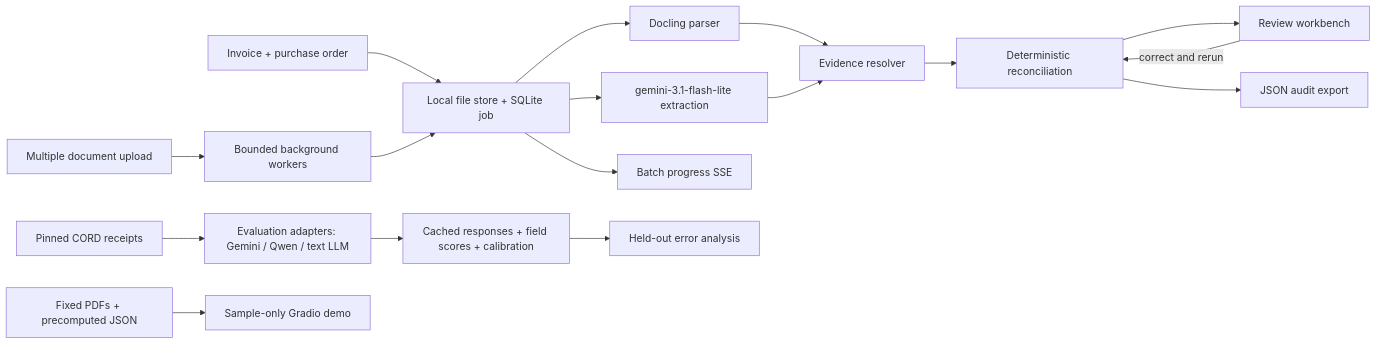
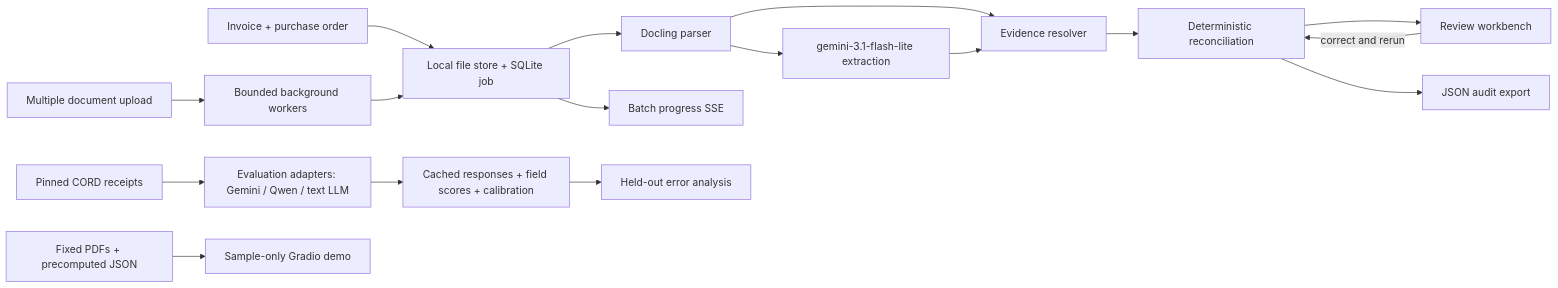
One commit to vi-nayKR/multimodal-document-intelligence changed the diagram in README.md. Above: the diagram before and after it, drawn with Mermaid. The commit also changed other lines of this file and 5 other files, not shown here.

Commit message:
docs: document ReconcileAI architecture and review demo

````diff
--- a/README.md
+++ b/README.md
@@ -38,19 +44,19 @@
 ```mermaid
 flowchart LR
     Upload[Invoice + purchase order] --> Store[Local file store + SQLite job]
     Store --> Parse[Docling parser]
-    Store --> Gemini[gemini-3.1-flash-lite extraction]
+    Parse --> Gemini[gemini-3.1-flash-lite extraction]
     Parse --> Ground[Evidence resolver]
     Gemini --> Ground
     Ground --> Rules[Deterministic reconciliation]
     Rules --> Review[Review workbench]
     Review -->|correct and rerun| Rules
     Rules --> Export[JSON audit export]
     Batch[Multiple document upload] --> Workers[Bounded background workers]
     Workers --> Store
     Store --> SSE[Batch progress SSE]
     CORD[Pinned CORD receipts] --> Compare[Evaluation adapters: Gemini / Qwen / text LLM]
     Compare --> Results[Cached responses + field scores + calibration]
     Results --> Analysis[Held-out error analysis]
     Sample[Fixed PDFs + precomputed JSON] --> Demo[Sample-only Gradio demo]
 ```
````
